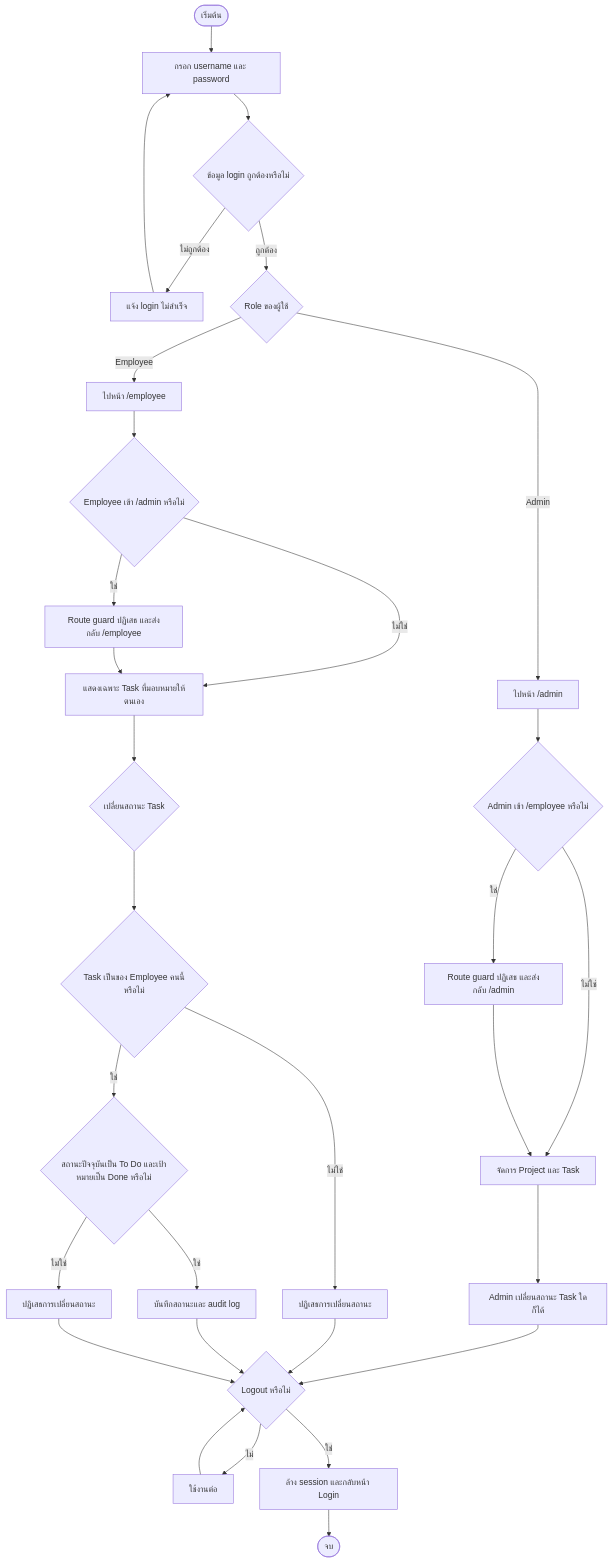
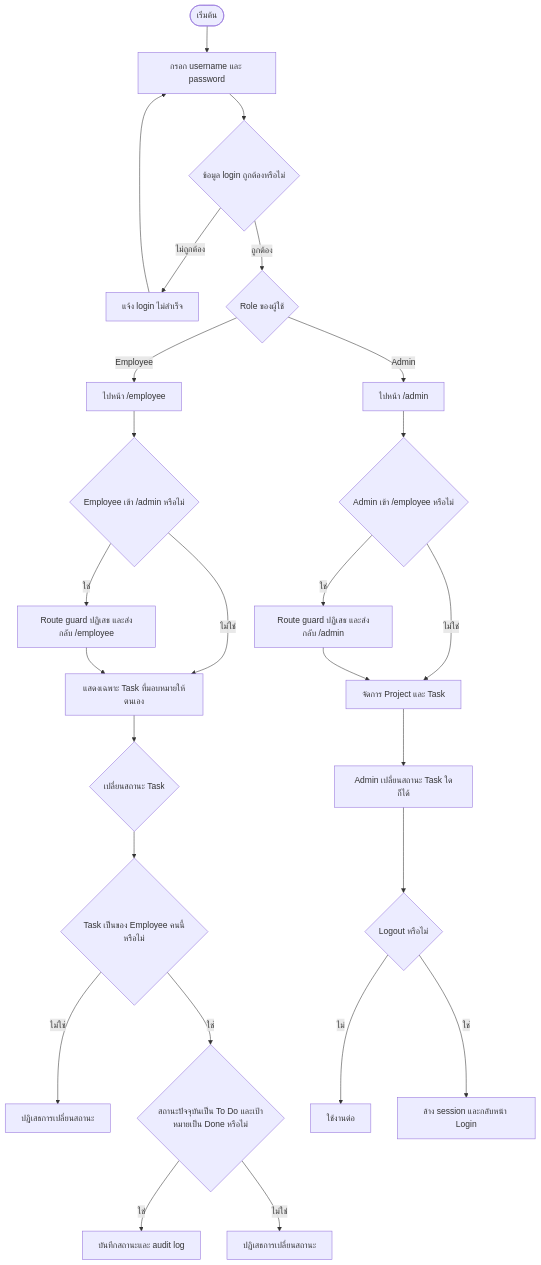
The diagram in section-1/flowchart.mmd (SuriChea/internship-test-V2), drawn with Mermaid before and after one commit. The commit also changed 2 other files, not shown here.

```diff
--- a/section-1/flowchart.mmd
+++ b/section-1/flowchart.mmd
@@ -1,34 +1,29 @@
 flowchart TD
     A([เริ่มต้น]) --> B[กรอก username และ password]
     B --> C{ข้อมูล login ถูกต้องหรือไม่}
     C -- ไม่ถูกต้อง --> D[แจ้ง login ไม่สำเร็จ]
     D --> B
     C -- ถูกต้อง --> E{Role ของผู้ใช้}
     E -- Admin --> F[ไปหน้า /admin]
     E -- Employee --> G[ไปหน้า /employee]
 
     F --> H{Admin เข้า /employee หรือไม่}
     H -- ใช่ --> I[Route guard ปฏิเสธ และส่งกลับ /admin]
     H -- ไม่ใช่ --> J[จัดการ Project และ Task]
     I --> J
     J --> K[Admin เปลี่ยนสถานะ Task ใดก็ได้]
 
     G --> L{Employee เข้า /admin หรือไม่}
     L -- ใช่ --> M[Route guard ปฏิเสธ และส่งกลับ /employee]
     L -- ไม่ใช่ --> N[แสดงเฉพาะ Task ที่มอบหมายให้ตนเอง]
     M --> N
     N --> O{เปลี่ยนสถานะ Task}
     O --> P{Task เป็นของ Employee คนนี้หรือไม่}
     P -- ไม่ใช่ --> Q[ปฏิเสธการเปลี่ยนสถานะ]
     P -- ใช่ --> R{สถานะปัจจุบันเป็น To Do และเป้าหมายเป็น Done หรือไม่}
     R -- ใช่ --> S[บันทึกสถานะและ audit log]
     R -- ไม่ใช่ --> T[ปฏิเสธการเปลี่ยนสถานะ]
 
     K --> U{Logout หรือไม่}
-    Q --> U
-    S --> U
-    T --> U
     U -- ไม่ --> V[ใช้งานต่อ]
-    V --> U
     U -- ใช่ --> W[ล้าง session และกลับหน้า Login]
-    W --> X([จบ])
```
